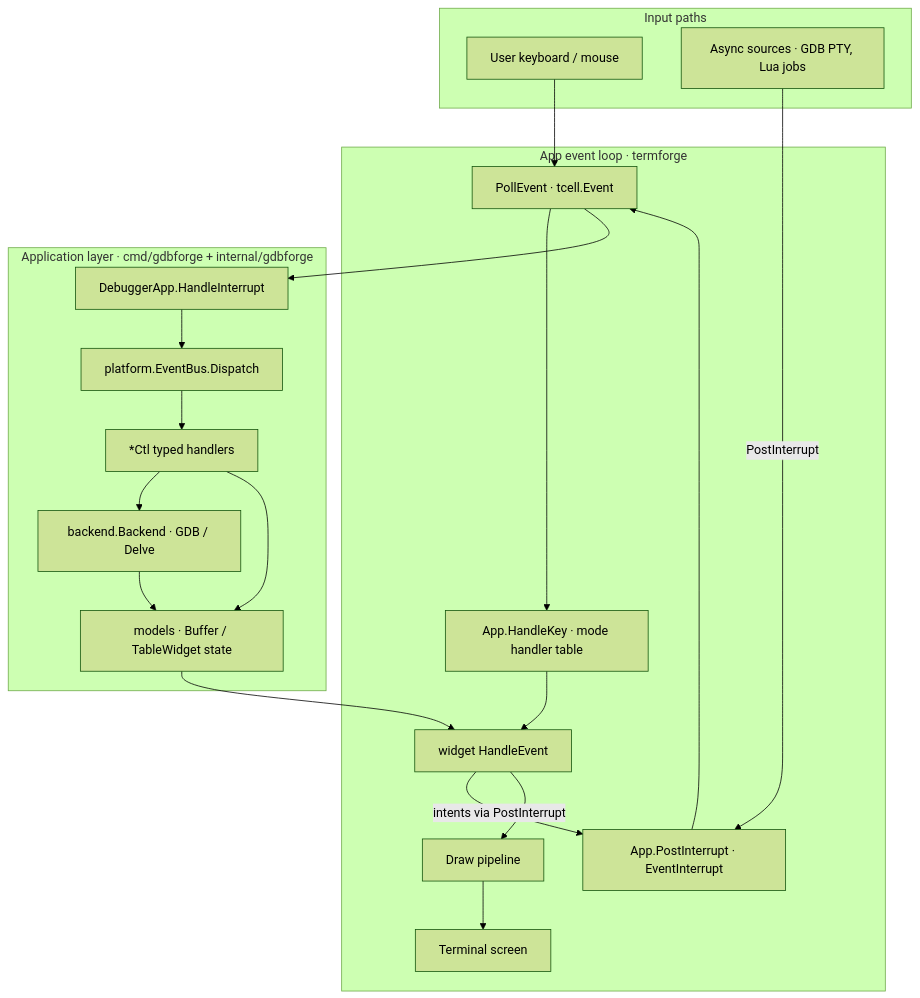
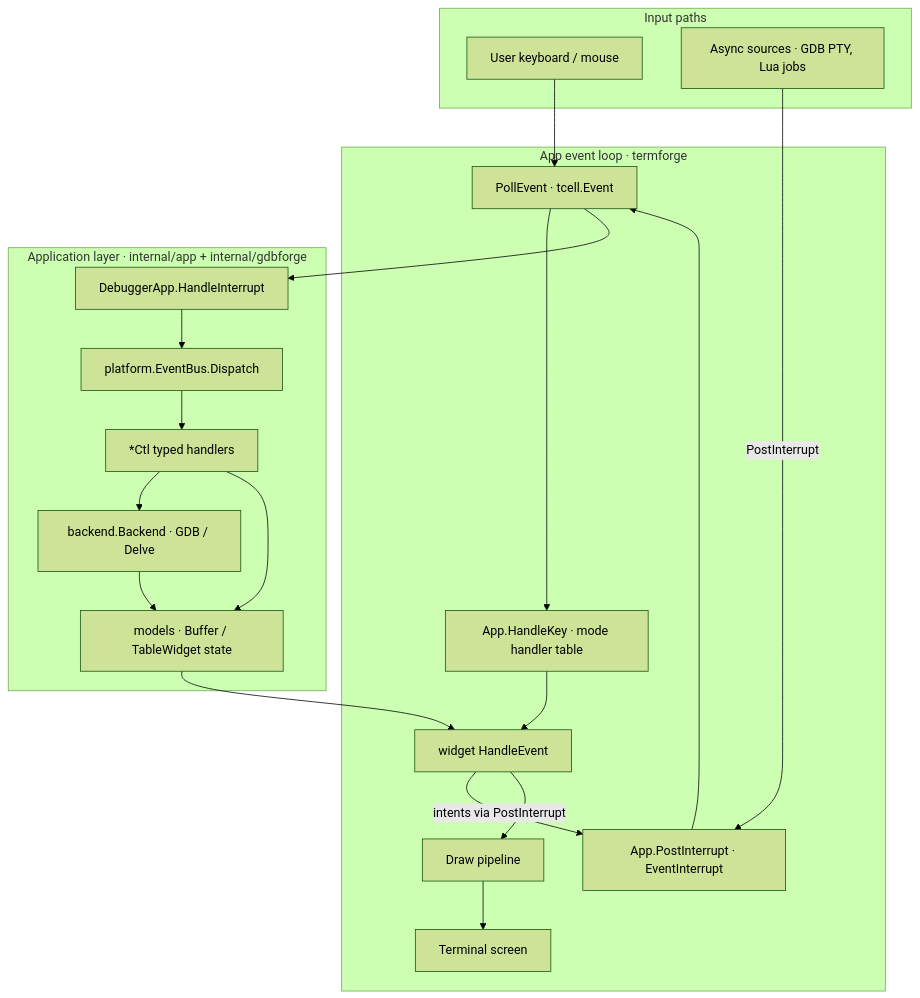
The diagram in docs/diagrams/data_flow.mermaid (yairgd/gdbforge), drawn with Mermaid (forest theme) before and after one commit. The commit also changed 160 other files, not shown here.

```diff
--- a/docs/diagrams/data_flow.mermaid
+++ b/docs/diagrams/data_flow.mermaid
@@ -1,36 +1,36 @@
 flowchart TB
     subgraph Input["Input paths"]
         User["User keyboard / mouse"]
         Async["Async sources · GDB PTY, Lua jobs"]
     end
 
     subgraph Loop["App event loop · termforge"]
         Poll["PollEvent · tcell.Event"]
         KeyRoute["App.HandleKey · mode handler table"]
         Widgets["widget HandleEvent"]
         Interrupt["App.PostInterrupt · EventInterrupt"]
         Draw["Draw pipeline"]
         Screen["Terminal screen"]
     end
 
-    subgraph AppLayer["Application layer · cmd/gdbforge + internal/gdbforge"]
+    subgraph AppLayer["Application layer · internal/app + internal/gdbforge"]
         HI["DebuggerApp.HandleInterrupt"]
         Bus["platform.EventBus.Dispatch"]
         Ctls["*Ctl typed handlers"]
         Backend["backend.Backend · GDB / Delve"]
         Model["models · Buffer / TableWidget state"]
     end
 
     User --> Poll
     Poll --> KeyRoute --> Widgets
     Widgets -->|"intents via PostInterrupt"| Interrupt
     Async -->|"PostInterrupt"| Interrupt
     Interrupt --> Poll
     Poll --> HI
     HI --> Bus --> Ctls
     Ctls --> Backend
     Backend --> Model
     Ctls --> Model
     Model --> Widgets
     Widgets --> Draw
     Draw --> Screen
```
